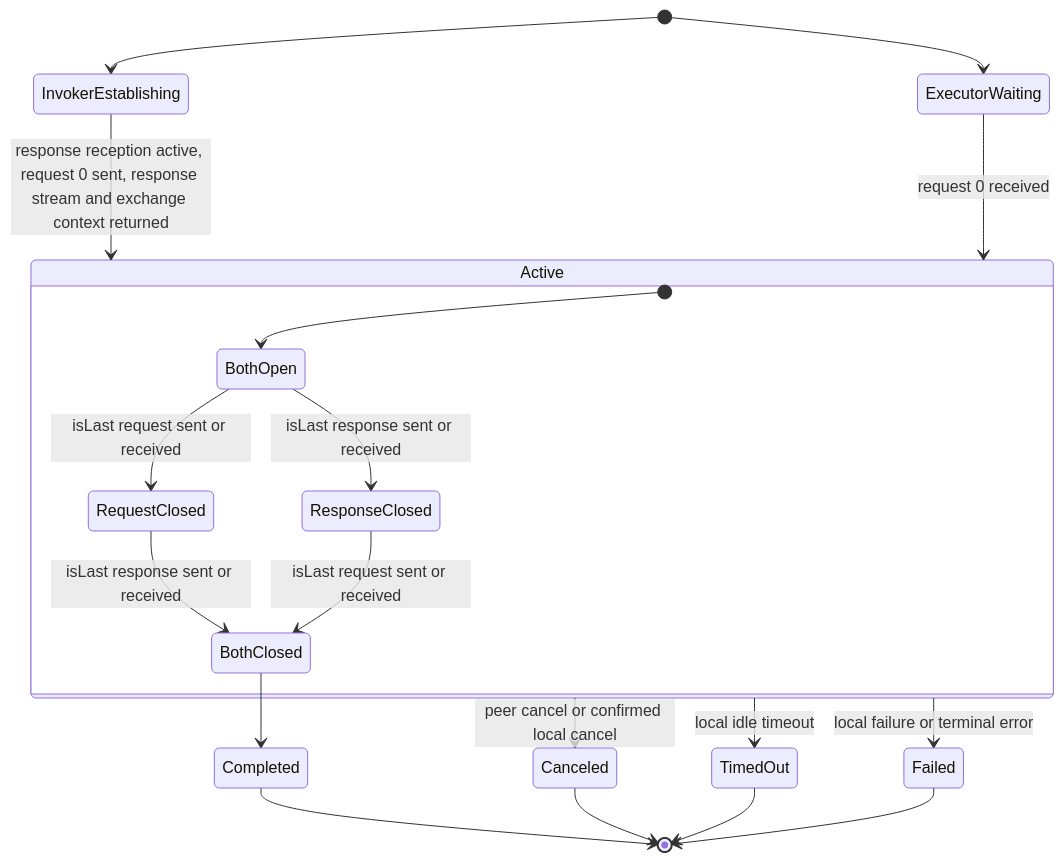
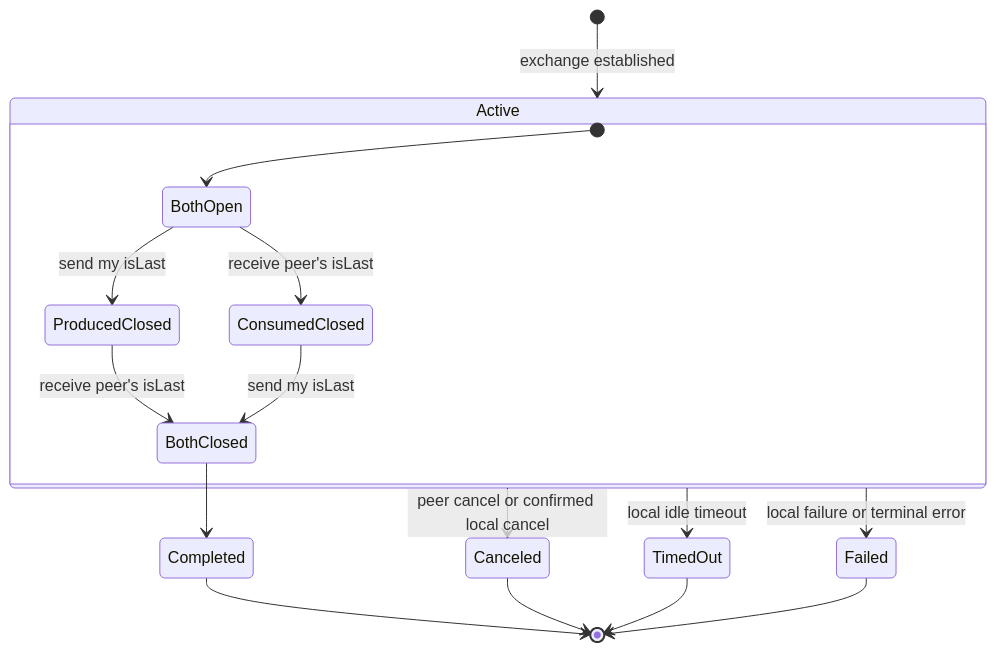
One commit to Azure/iot-operations-sdks changed the first of 9 diagrams in doc/dev/adr/0025-rpc-streaming-lifecycle-diagrams.md. Above: the diagram before and after it, drawn with Mermaid. The commit also changed other lines of this file, not shown here.

First line of the commit message:
ADR 25 diagrams: redesign shared lifecycle, enrich normal exchange, fix timeout redelivery

````diff
--- a/doc/dev/adr/0025-rpc-streaming-lifecycle-diagrams.md
+++ b/doc/dev/adr/0025-rpc-streaming-lifecycle-diagrams.md
@@ -11,24 +18,22 @@
 ```mermaid
 stateDiagram-v2
-    [*] --> InvokerEstablishing
-    [*] --> ExecutorWaiting
-    InvokerEstablishing --> Active: response reception active, request 0 sent, response stream and exchange context returned
-    ExecutorWaiting --> Active: request 0 received
+    [*] --> Active: exchange established
 
     state Active {
         [*] --> BothOpen
-        BothOpen --> RequestClosed: isLast request sent or received
-        BothOpen --> ResponseClosed: isLast response sent or received
-        RequestClosed --> BothClosed: isLast response sent or received
-        ResponseClosed --> BothClosed: isLast request sent or received
+        BothOpen --> ProducedClosed: send my isLast
+        BothOpen --> ConsumedClosed: receive peer's isLast
+        ProducedClosed --> BothClosed: receive peer's isLast
+        ConsumedClosed --> BothClosed: send my isLast
     }
 
     BothClosed --> Completed
     Active --> Canceled: peer cancel or confirmed local cancel
     Active --> TimedOut: local idle timeout
     Active --> Failed: local failure or terminal error
+
     Completed --> [*]
     Canceled --> [*]
     TimedOut --> [*]
     Failed --> [*]
 ```
````
